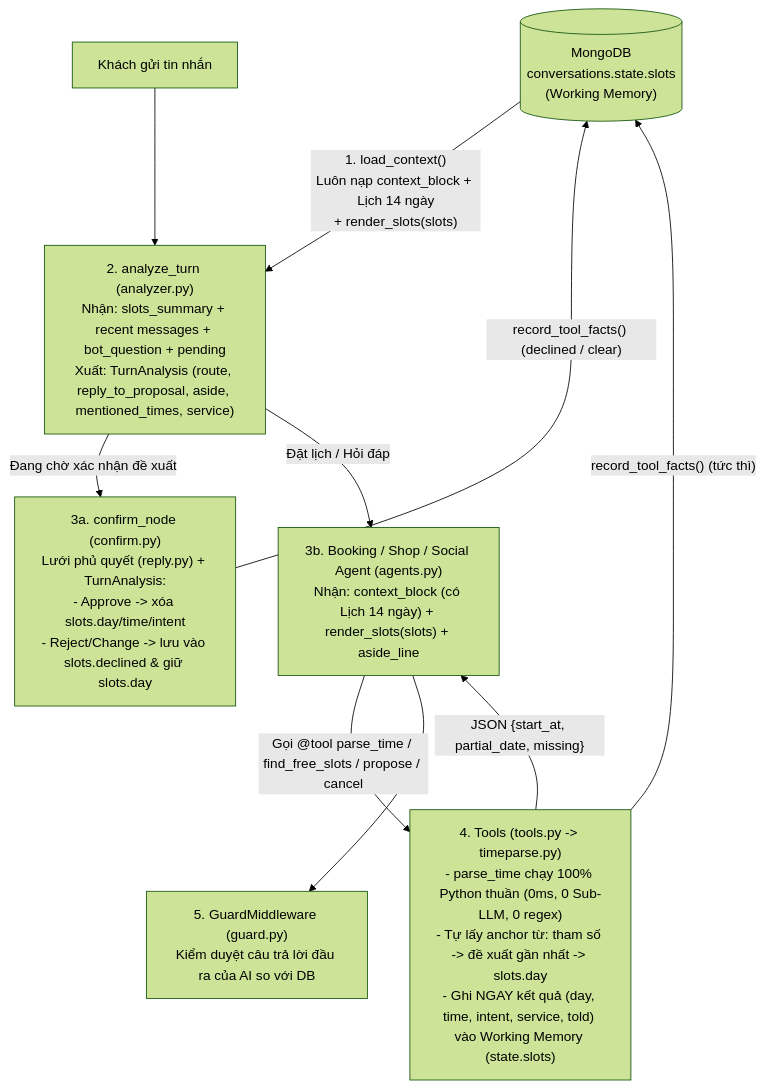
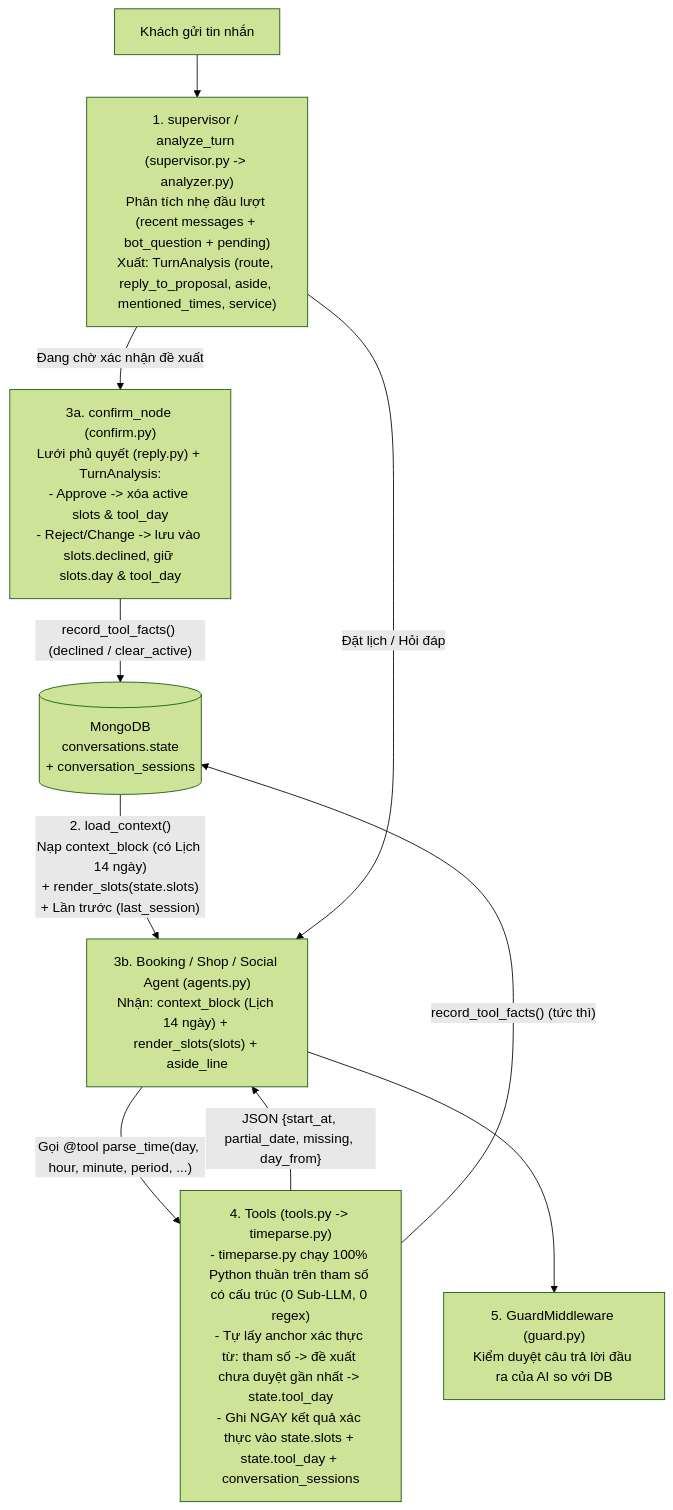
One commit to BuiHenry1404/salona-booking changed the diagram in docs/superpowers/specs/2026-10-28-llm-context-input-design.md. Above: the diagram before and after it, drawn with Mermaid (forest theme). The commit also changed other lines of this file and 1 other file, not shown here.

Commit message:
docs(spec,plan): address all 12 review findings on parse_time and working memory

````diff
--- a/docs/superpowers/specs/2026-10-28-llm-context-input-design.md
+++ b/docs/superpowers/specs/2026-10-28-llm-context-input-design.md
@@ -33,12 +40,12 @@
 ```mermaid
 flowchart TD
-    DB[("MongoDB\nconversations.state.slots\n(Working Memory)")] -->|"1. load_context()\nLuôn nạp context_block + Lịch 14 ngày\n+ render_slots(slots)"| AN
-    U["Khách gửi tin nhắn"] --> AN["2. analyze_turn (analyzer.py)\nNhận: slots_summary + recent messages + bot_question + pending\nXuất: TurnAnalysis (route, reply_to_proposal, aside, mentioned_times, service)"]
-    AN -->|Đang chờ xác nhận đề xuất| CF["3a. confirm_node (confirm.py)\nLưới phủ quyết (reply.py) + TurnAnalysis:\n- Approve -> xóa slots.day/time/intent\n- Reject/Change -> lưu vào slots.declined & giữ slots.day"]
-    AN -->|Đặt lịch / Hỏi đáp| AG["3b. Booking / Shop / Social Agent (agents.py)\nNhận: context_block (có Lịch 14 ngày) + render_slots(slots) + aside_line"]
-    AG -->|"Gọi @tool parse_time / find_free_slots / propose / cancel"| TL["4. Tools (tools.py -> timeparse.py)\n- parse_time chạy 100% Python thuần (0ms, 0 Sub-LLM, 0 regex)\n- Tự lấy anchor từ: tham số -> đề xuất gần nhất -> slots.day\n- Ghi NGAY kết quả (day, time, intent, service, told) vào Working Memory (state.slots)"]
-    TL -->|"JSON {start_at, partial_date, missing}"| AG
+    U["Khách gửi tin nhắn"] --> SUP["1. supervisor / analyze_turn (supervisor.py -> analyzer.py)\nPhân tích nhẹ đầu lượt (recent messages + bot_question + pending)\nXuất: TurnAnalysis (route, reply_to_proposal, aside, mentioned_times, service)"]
+    DB[("MongoDB\nconversations.state\n+ conversation_sessions")] -->|"2. load_context()\nNạp context_block (có Lịch 14 ngày)\n+ render_slots(state.slots)\n+ Lần trước (last_session)"| AG
+    SUP -->|Đang chờ xác nhận đề xuất| CF["3a. confirm_node (confirm.py)\nLưới phủ quyết (reply.py) + TurnAnalysis:\n- Approve -> xóa active slots & tool_day\n- Reject/Change -> lưu vào slots.declined, giữ slots.day & tool_day"]
+    SUP -->|Đặt lịch / Hỏi đáp| AG["3b. Booking / Shop / Social Agent (agents.py)\nNhận: context_block (Lịch 14 ngày) + render_slots(slots) + aside_line"]
+    AG -->|"Gọi @tool parse_time(day, hour, minute, period, ...)"| TL["4. Tools (tools.py -> timeparse.py)\n- timeparse.py chạy 100% Python thuần trên tham số có cấu trúc (0 Sub-LLM, 0 regex)\n- Tự lấy anchor xác thực từ: tham số -> đề xuất chưa duyệt gần nhất -> state.tool_day\n- Ghi NGAY kết quả xác thực vào state.slots + state.tool_day + conversation_sessions"]
+    TL -->|"JSON {start_at, partial_date, missing, day_from}"| AG
     TL -->|"record_tool_facts() (tức thì)"| DB
-    CF -->|"record_tool_facts() (declined / clear)"| DB
+    CF -->|"record_tool_facts() (declined / clear_active)"| DB
     AG --> GD["5. GuardMiddleware (guard.py)\nKiểm duyệt câu trả lời đầu ra của AI so với DB"]
 ```
````
